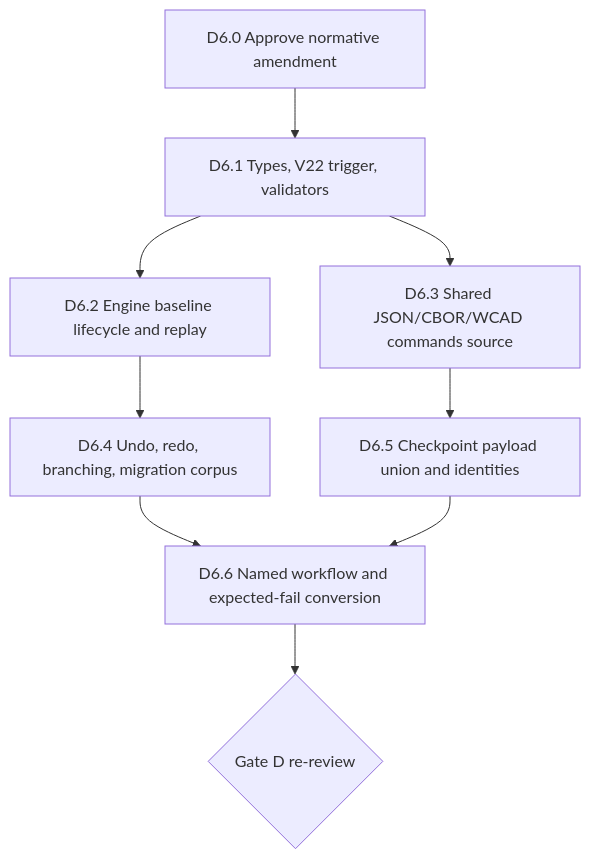
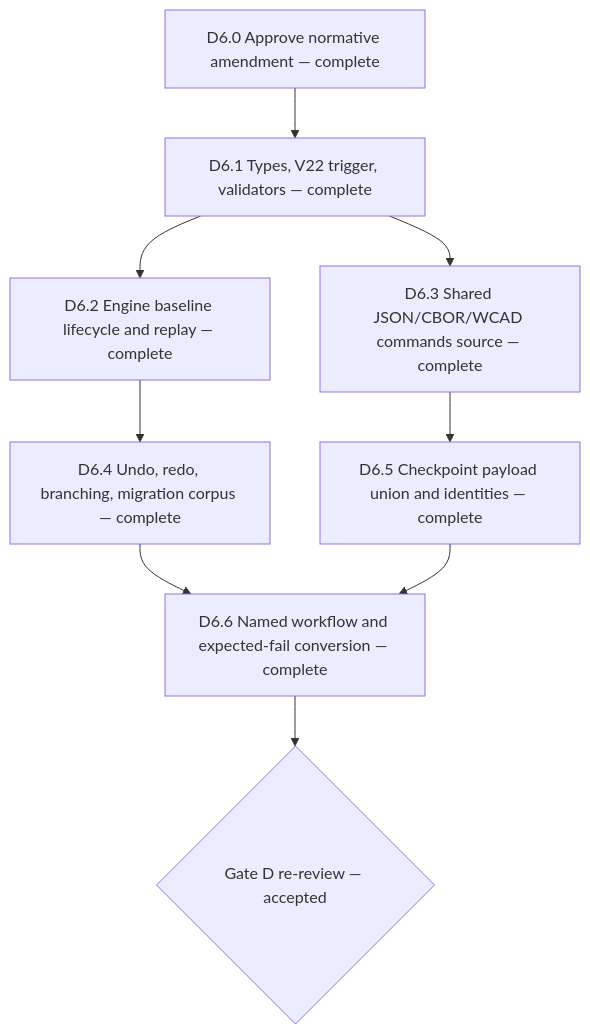
One commit to SloanBDavis/partbench changed the diagram in docs/v19-history-baseline-amendment.md. Above: the diagram before and after it, drawn with Mermaid. The commit also changed other lines of this file and 15 other files, not shown here.

````diff
--- a/docs/v19-history-baseline-amendment.md
+++ b/docs/v19-history-baseline-amendment.md
@@ -170,11 +182,11 @@
 ```mermaid
 flowchart TD
-  D60[D6.0 Approve normative amendment] --> D61[D6.1 Types, V22 trigger, validators]
-  D61 --> D62[D6.2 Engine baseline lifecycle and replay]
-  D61 --> D63[D6.3 Shared JSON/CBOR/WCAD commands source]
-  D62 --> D64[D6.4 Undo, redo, branching, migration corpus]
-  D63 --> D65[D6.5 Checkpoint payload union and identities]
-  D64 --> D66[D6.6 Named workflow and expected-fail conversion]
+  D60[D6.0 Approve normative amendment — complete] --> D61[D6.1 Types, V22 trigger, validators — complete]
+  D61 --> D62[D6.2 Engine baseline lifecycle and replay — complete]
+  D61 --> D63[D6.3 Shared JSON/CBOR/WCAD commands source — complete]
+  D62 --> D64[D6.4 Undo, redo, branching, migration corpus — complete]
+  D63 --> D65[D6.5 Checkpoint payload union and identities — complete]
+  D64 --> D66[D6.6 Named workflow and expected-fail conversion — complete]
   D65 --> D66
-  D66 --> GD{Gate D re-review}
+  D66 --> GD{Gate D re-review — accepted}
 ```
````
